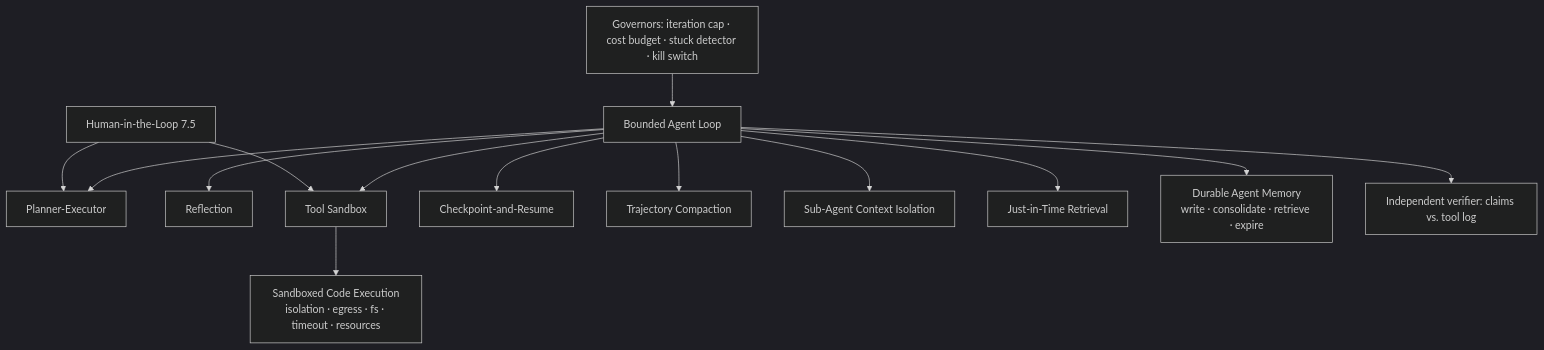
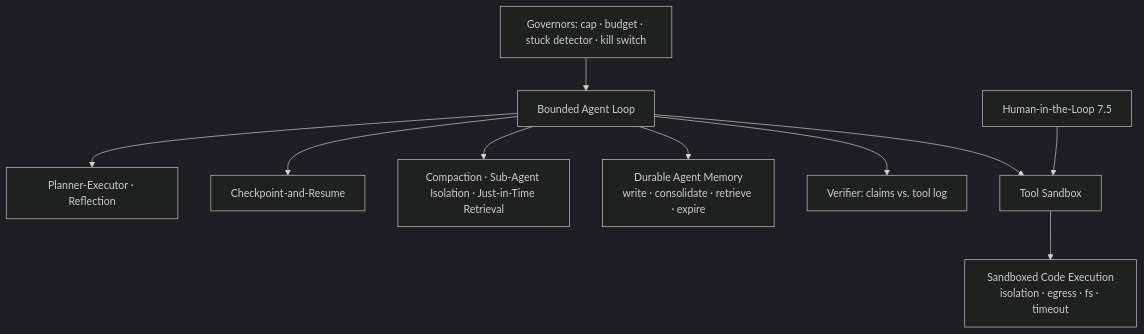
The diagram in curriculum/part-7-enterprise-ai-architecture-patterns/chapter-04-agentic-patterns.md (sivakrushna-works/GSAC), drawn with Mermaid (dark theme) before and after one commit. The commit also changed other lines of this file and 8 other files, not shown here.

````diff
--- a/curriculum/part-7-enterprise-ai-architecture-patterns/chapter-04-agentic-patterns.md
+++ b/curriculum/part-7-enterprise-ai-architecture-patterns/chapter-04-agentic-patterns.md
@@ -150,24 +150,17 @@
 ```mermaid
 flowchart TD
-    GOV[Governors: iteration cap · cost budget · stuck detector · kill switch]
+    GOV[Governors: cap · budget · stuck detector · kill switch]
     LOOP[Bounded Agent Loop]
-    PLAN[Planner-Executor]
-    REFLECT[Reflection]
+    CTRL[Planner-Executor · Reflection]
     SANDBOX[Tool Sandbox]
-    CODE[Sandboxed Code Execution<br/>isolation · egress · fs · timeout · resources]
+    CODE[Sandboxed Code Execution<br/>isolation · egress · fs · timeout]
     CKPT[Checkpoint-and-Resume]
-    COMPACT[Trajectory Compaction]
-    ISO[Sub-Agent Context Isolation]
-    JIT[Just-in-Time Retrieval]
+    CTX[Compaction · Sub-Agent Isolation · Just-in-Time Retrieval]
     MEM[Durable Agent Memory<br/>write · consolidate · retrieve · expire]
-    VERIFY[Independent verifier: claims vs. tool log]
+    VERIFY[Verifier: claims vs. tool log]
     HITL[Human-in-the-Loop 7.5]
     GOV --> LOOP
-    LOOP --> PLAN & REFLECT
+    LOOP --> CTRL & CKPT & CTX & MEM & VERIFY
     LOOP --> SANDBOX --> CODE
-    LOOP --> CKPT
-    LOOP --> COMPACT & ISO & JIT & MEM
-    LOOP --> VERIFY
     HITL --> SANDBOX
-    HITL --> PLAN
 ```
````
